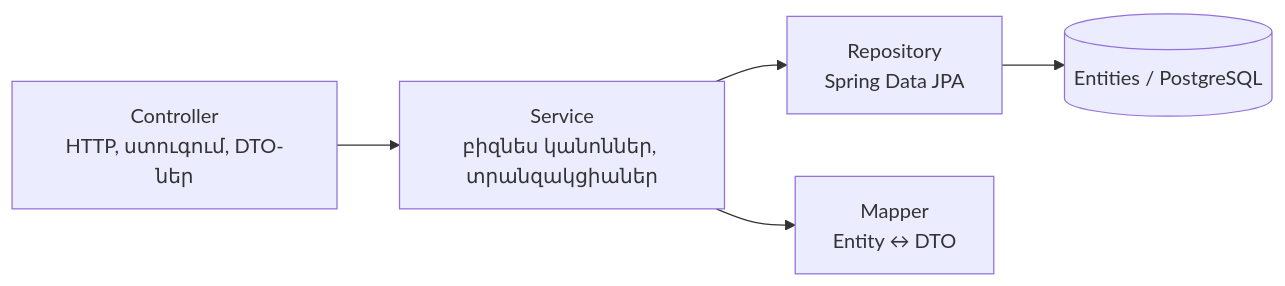
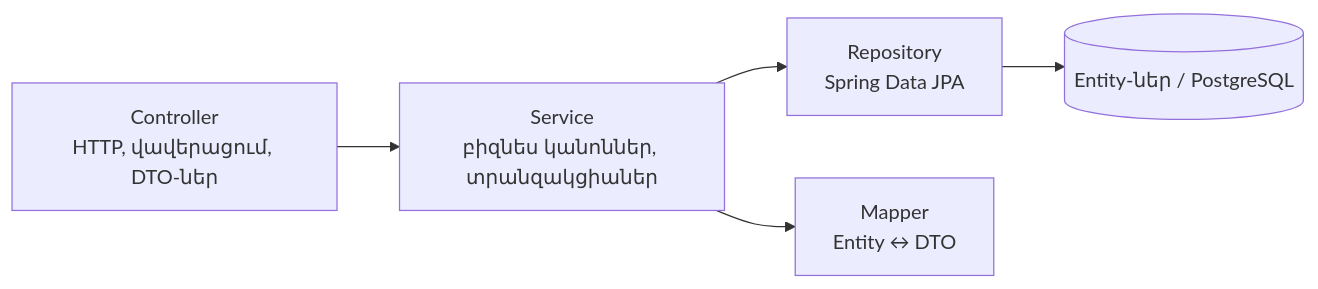
The third of 4 diagrams in docs/hy/04-system-architecture.md (baghdasaryanzenfira-spec/cyber-sim), drawn with Mermaid before and after one commit. The commit also changed other lines of this file and 37 other files, not shown here.

````diff
--- a/docs/hy/04-system-architecture.md
+++ b/docs/hy/04-system-architecture.md
@@ -91,7 +94,7 @@
 ```mermaid
 flowchart LR
-  C[Controller<br/>HTTP, ստուգում, DTO-ներ] --> S[Service<br/>բիզնես կանոններ, տրանզակցիաներ]
+  C[Controller<br/>HTTP, վավերացում, DTO-ներ] --> S[Service<br/>բիզնես կանոններ, տրանզակցիաներ]
   S --> R[Repository<br/>Spring Data JPA]
-  R --> E[(Entities / PostgreSQL)]
+  R --> E[(Entity-ներ / PostgreSQL)]
   S --> M[Mapper<br/>Entity ↔ DTO]
 ```
````
